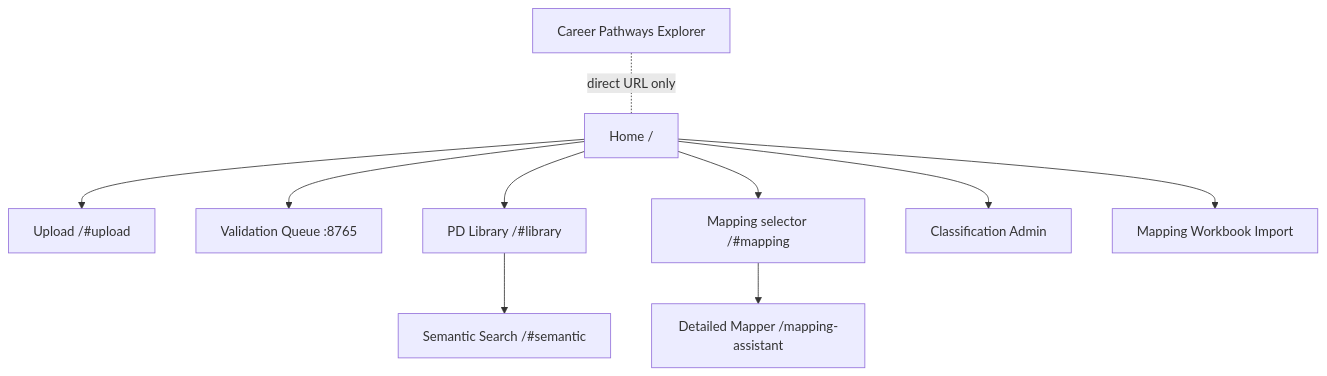
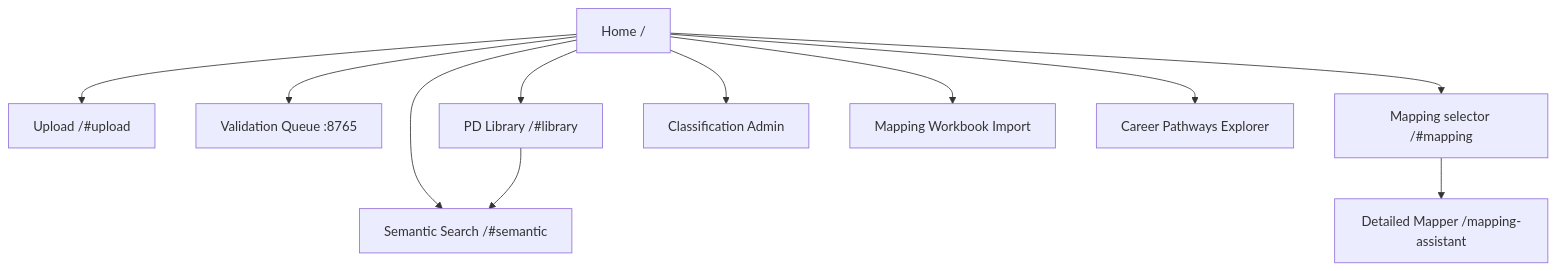
Before and after one commit to brettbyles-rgb/pd-management-system: the second of 5 diagrams in docs/product-map-current-state.md, drawn with Mermaid. The commit also changed other lines of this file and 4 other files, not shown here.

````diff
--- a/docs/product-map-current-state.md
+++ b/docs/product-map-current-state.md
@@ -90,24 +90,25 @@
 ```mermaid
 flowchart TD
     Home["Home /"]
     Upload["Upload /#upload"]
     Validation["Validation Queue :8765"]
     Library["PD Library /#library"]
     Semantic["Semantic Search /#semantic"]
     MapSelect["Mapping selector /#mapping"]
     Mapper["Detailed Mapper /mapping-assistant"]
     ClassAdmin["Classification Admin"]
     Workbook["Mapping Workbook Import"]
     Explorer["Career Pathways Explorer"]
 
     Home --> Upload
     Home --> Validation
     Home --> Library
+    Home --> Semantic
     Home --> MapSelect
     Home --> ClassAdmin
     Home --> Workbook
+    Home --> Explorer
     Library --> Semantic
     MapSelect --> Mapper
 
-    Explorer -. "direct URL only" .- Home
 ```
````
